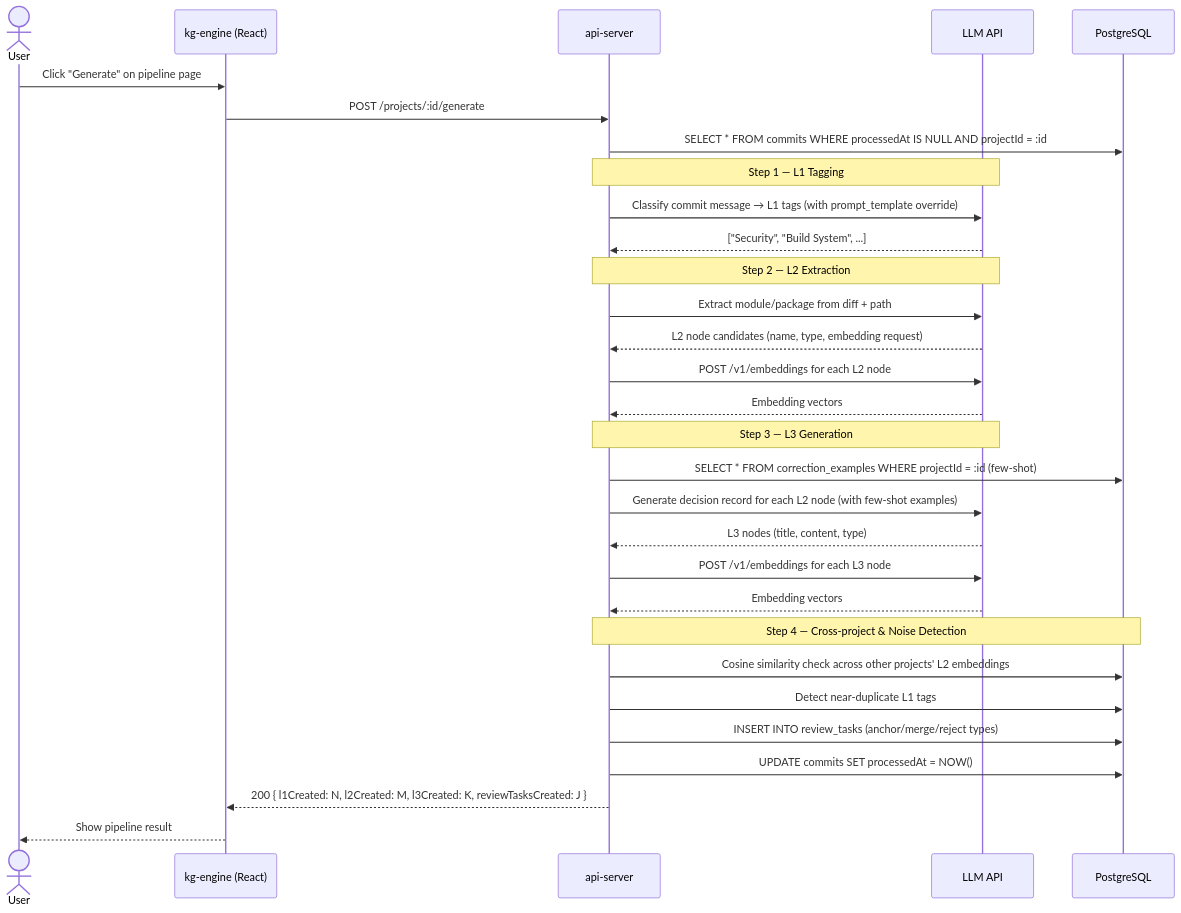
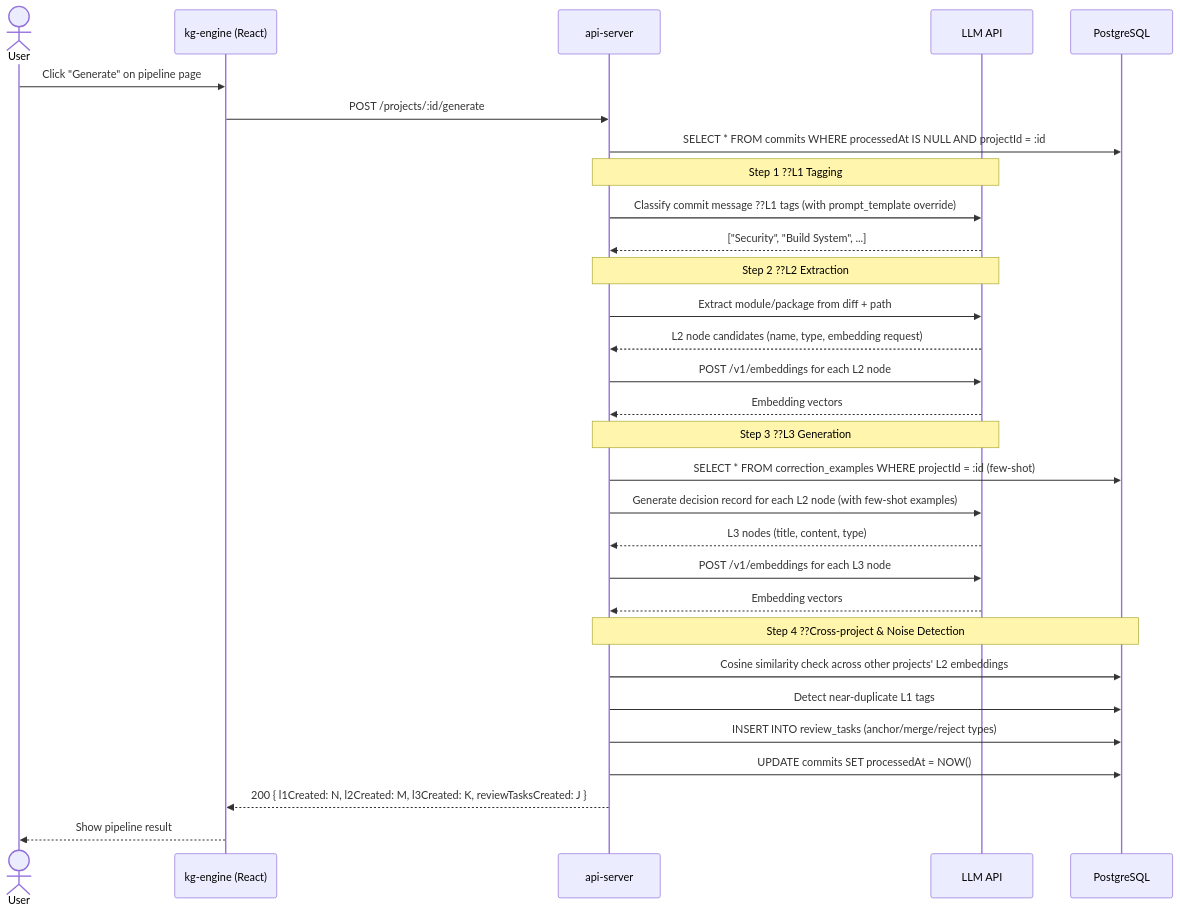
The second of 6 diagrams in docs/design/06-runtime-scenarios.md (dyphn1/Docuvia), drawn with Mermaid before and after one commit. The commit also changed other lines of this file and 35 other files, not shown here.

````diff
--- a/docs/design/06-runtime-scenarios.md
+++ b/docs/design/06-runtime-scenarios.md
@@ -32,38 +36,38 @@
 ```mermaid
 sequenceDiagram
     actor User
     participant FE as kg-engine (React)
     participant API as api-server
     participant LLM as LLM API
     participant DB as PostgreSQL
 
     User->>FE: Click "Generate" on pipeline page
     FE->>API: POST /projects/:id/generate
     API->>DB: SELECT * FROM commits WHERE processedAt IS NULL AND projectId = :id
 
-    Note over API,LLM: Step 1 — L1 Tagging
-    API->>LLM: Classify commit message → L1 tags (with prompt_template override)
+    Note over API,LLM: Step 1 ??L1 Tagging
+    API->>LLM: Classify commit message ??L1 tags (with prompt_template override)
     LLM-->>API: ["Security", "Build System", ...]
 
-    Note over API,LLM: Step 2 — L2 Extraction
+    Note over API,LLM: Step 2 ??L2 Extraction
     API->>LLM: Extract module/package from diff + path
     LLM-->>API: L2 node candidates (name, type, embedding request)
     API->>LLM: POST /v1/embeddings for each L2 node
     LLM-->>API: Embedding vectors
 
-    Note over API,LLM: Step 3 — L3 Generation
+    Note over API,LLM: Step 3 ??L3 Generation
     API->>DB: SELECT * FROM correction_examples WHERE projectId = :id (few-shot)
     API->>LLM: Generate decision record for each L2 node (with few-shot examples)
     LLM-->>API: L3 nodes (title, content, type)
     API->>LLM: POST /v1/embeddings for each L3 node
     LLM-->>API: Embedding vectors
 
-    Note over API,DB: Step 4 — Cross-project & Noise Detection
+    Note over API,DB: Step 4 ??Cross-project & Noise Detection
     API->>DB: Cosine similarity check across other projects' L2 embeddings
     API->>DB: Detect near-duplicate L1 tags
     API->>DB: INSERT INTO review_tasks (anchor/merge/reject types)
     API->>DB: UPDATE commits SET processedAt = NOW()
 
     API-->>FE: 200 { l1Created: N, l2Created: M, l3Created: K, reviewTasksCreated: J }
     FE-->>User: Show pipeline result
 ```
````
